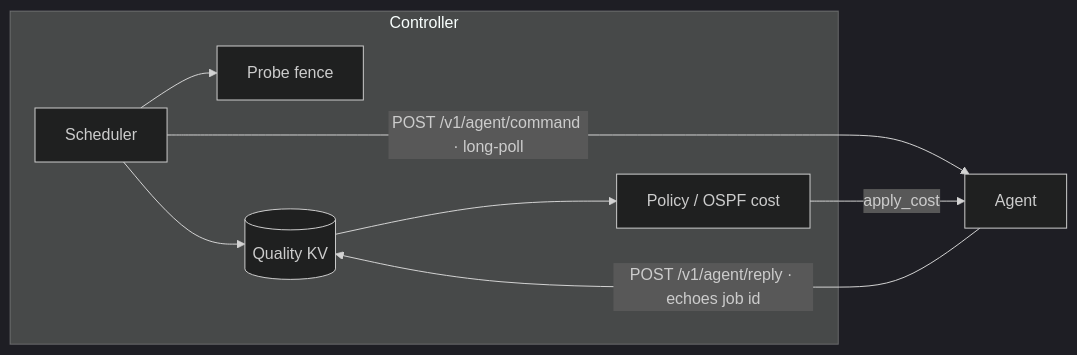
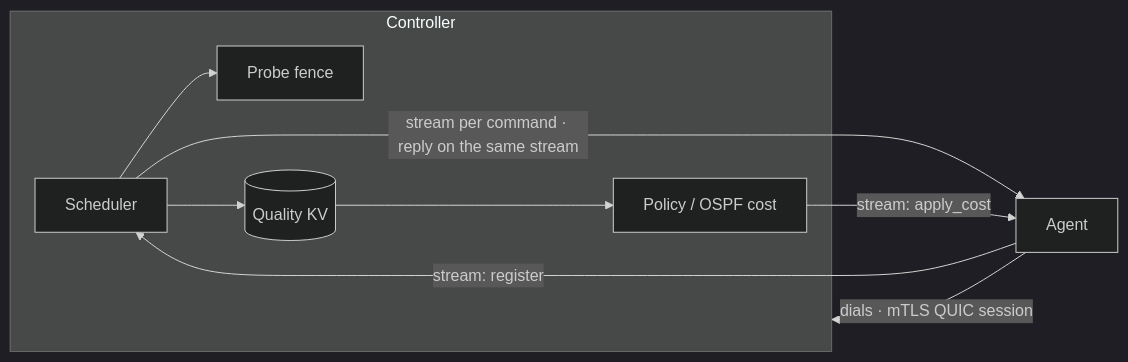
Before and after one commit to vooon/mielofon-qoed: the diagram in docs/protocol.md, drawn with Mermaid (dark theme). The commit also changed other lines of this file and 36 other files, not shown here.

````diff
--- a/docs/protocol.md
+++ b/docs/protocol.md
@@ -26,12 +29,13 @@
 ```mermaid
 flowchart LR
     subgraph c[Controller]
         sched[Scheduler] --> fence[Probe fence]
         sched --> qual[(Quality KV)]
         qual --> pol[Policy / OSPF cost]
     end
 
-    sched -->|POST /v1/agent/command · long-poll| A
-    pol -->|apply_cost| A
-    A[Agent] -->|POST /v1/agent/reply · echoes job id| qual
+    A[Agent] -->|dials · mTLS QUIC session| c
+    A -->|stream: register| sched
+    sched -->|stream per command · reply on the same stream| A
+    pol -->|stream: apply_cost| A
 ```
````
